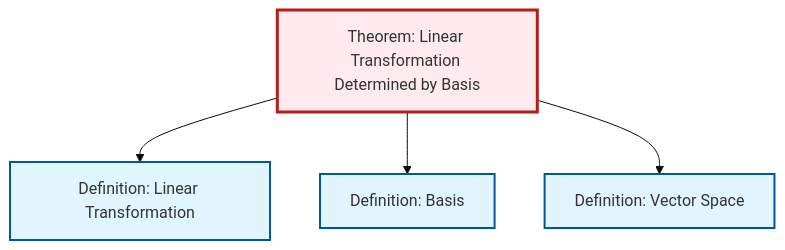
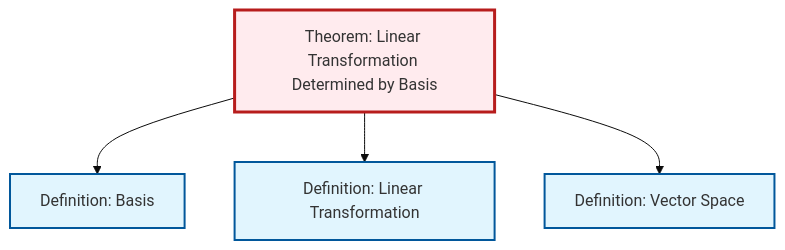
One commit to RK0429/ModernMath changed the diagram in content/en/algebra/thm-linear-transformation-basis.qmd. Above: the diagram before and after it, drawn with Mermaid (base theme). The commit also changed other lines of this file and 554 other files, not shown here.

````diff
--- a/content/en/algebra/thm-linear-transformation-basis.qmd
+++ b/content/en/algebra/thm-linear-transformation-basis.qmd
@@ -47,20 +47,20 @@
 ```{mermaid}
 %%| fig-cap: "Local dependency graph"
 graph TD
     classDef definition fill:#e1f5fe,stroke:#01579b,stroke-width:2px
     classDef theorem fill:#f3e5f5,stroke:#4a148c,stroke-width:2px
     classDef axiom fill:#fff3e0,stroke:#e65100,stroke-width:2px
     classDef example fill:#e8f5e9,stroke:#1b5e20,stroke-width:2px
     classDef current fill:#ffebee,stroke:#b71c1c,stroke-width:3px
     def-vector-space["Definition: Vector Space"]:::definition
+    def-linear-transformation["Definition: Linear Transformation"]:::definition
+    def-basis["Definition: Basis"]:::definition
     thm-linear-transformation-basis["Theorem: Linear Transformation Determined by Basis"]:::theorem
-    def-basis["Definition: Basis"]:::definition
-    def-linear-transformation["Definition: Linear Transformation"]:::definition
+    thm-linear-transformation-basis --> def-basis
     thm-linear-transformation-basis --> def-linear-transformation
-    thm-linear-transformation-basis --> def-basis
     thm-linear-transformation-basis --> def-vector-space
     class thm-linear-transformation-basis current
     click def-vector-space "def-vector-space.html" "Go to Vector Space definition"
+    click def-linear-transformation "def-linear-transformation.html" "Go to Linear Transformation definition"
     click def-basis "def-basis.html" "Go to Basis definition"
-    click def-linear-transformation "def-linear-transformation.html" "Go to Linear Transformation definition"
 ```
````
